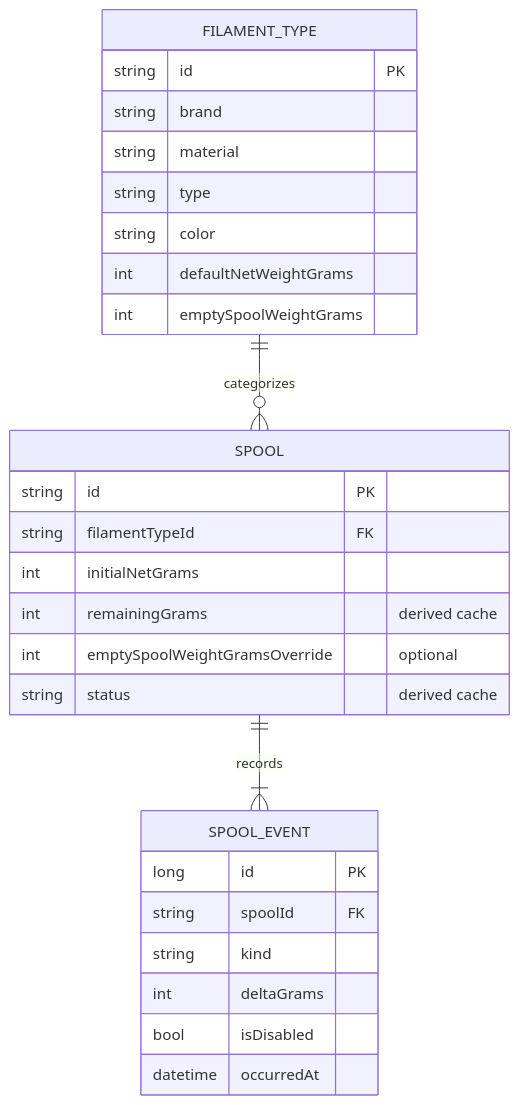
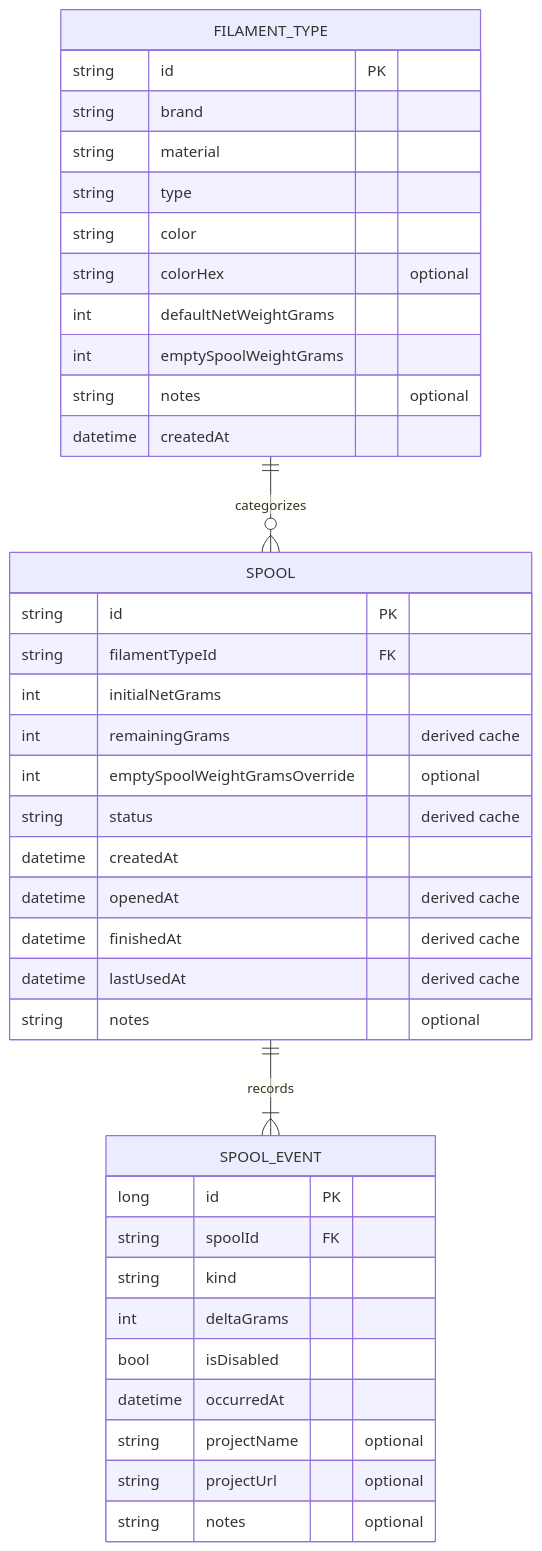
One commit to obrys/filament changed the first of 2 diagrams in doc/spec/domain-rules.md. Above: the diagram before and after it, drawn with Mermaid. The commit also changed 2 other files, not shown here.

Commit message:
Updated the documentation drift

````diff
--- a/doc/spec/domain-rules.md
+++ b/doc/spec/domain-rules.md
@@ -5,30 +5,41 @@
 ```mermaid
 erDiagram
     FILAMENT_TYPE ||--o{ SPOOL : categorizes
     SPOOL ||--|{ SPOOL_EVENT : records
     FILAMENT_TYPE {
         string id PK
         string brand
         string material
         string type
         string color
+        string colorHex "optional"
         int defaultNetWeightGrams
         int emptySpoolWeightGrams
+        string notes "optional"
+        datetime createdAt
     }
     SPOOL {
         string id PK
         string filamentTypeId FK
         int initialNetGrams
         int remainingGrams "derived cache"
         int emptySpoolWeightGramsOverride "optional"
         string status "derived cache"
+        datetime createdAt
+        datetime openedAt "derived cache"
+        datetime finishedAt "derived cache"
+        datetime lastUsedAt "derived cache"
+        string notes "optional"
     }
     SPOOL_EVENT {
         long id PK
         string spoolId FK
         string kind
         int deltaGrams
         bool isDisabled
         datetime occurredAt
+        string projectName "optional"
+        string projectUrl "optional"
+        string notes "optional"
     }
 ```
````
